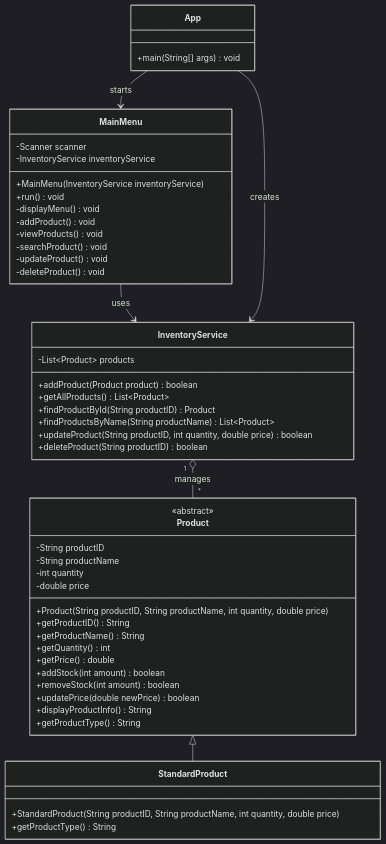
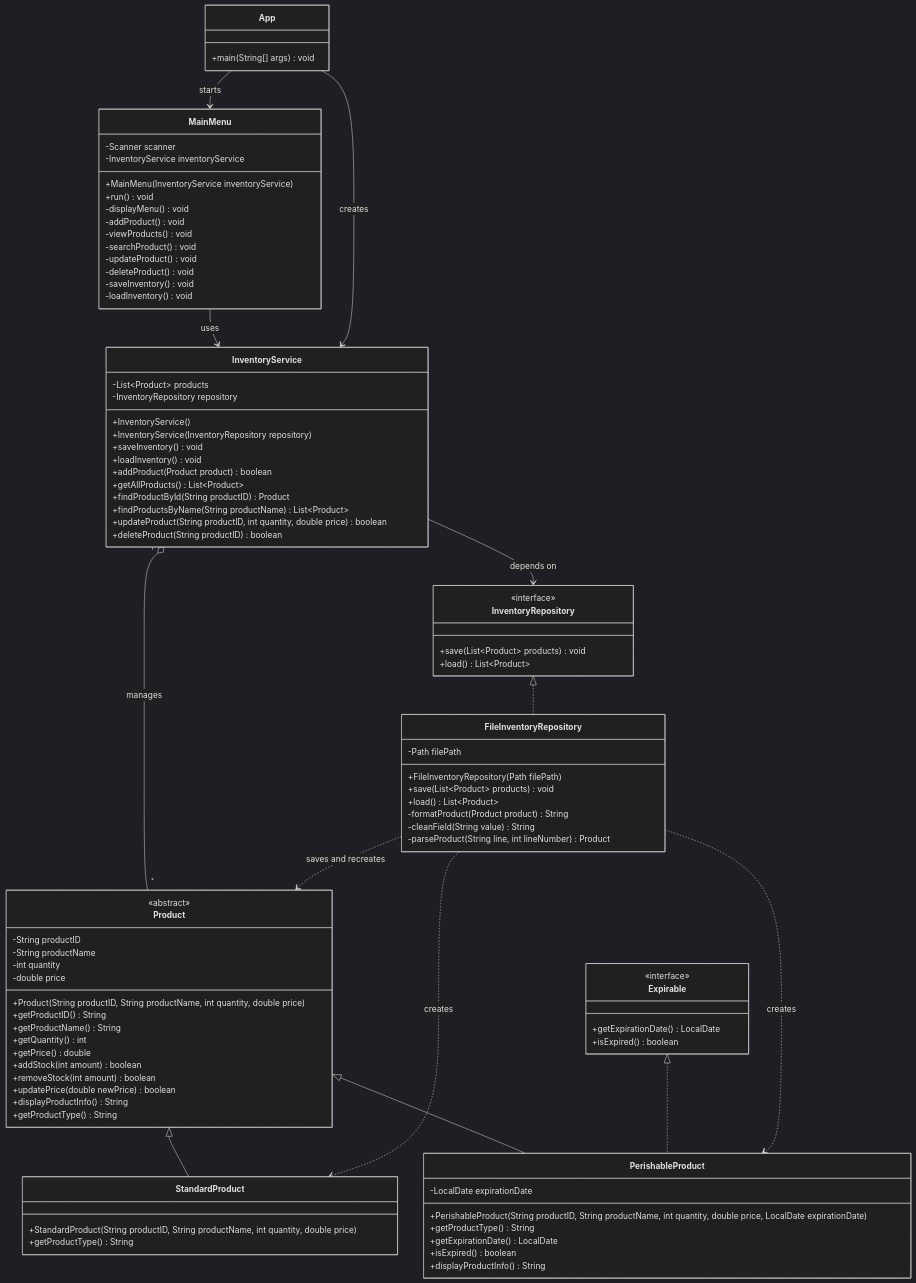
Before and after one commit to mark19242/SWD_Java_202606_Mark_Smith: the diagram in swe_java/05_summative_assessment/java-summative-assessment/documentation/project-doc/CLASS_DIAGRAM.md, drawn with Mermaid (dark theme). The commit also changed other lines of this file, not shown here.

Commit message:
Update class diagram with final project architecture

````diff
--- a/swe_java/05_summative_assessment/java-summative-assessment/documentation/project-doc/CLASS_DIAGRAM.md
+++ b/swe_java/05_summative_assessment/java-summative-assessment/documentation/project-doc/CLASS_DIAGRAM.md
@@ -22,16 +22,39 @@
         -searchProduct() void
         -updateProduct() void
         -deleteProduct() void
+        -saveInventory() void
+        -loadInventory() void
     }
 
     class InventoryService {
         -List~Product~ products
+        -InventoryRepository repository
+        +InventoryService()
+        +InventoryService(InventoryRepository repository)
+        +saveInventory() void
+        +loadInventory() void
         +addProduct(Product product) boolean
         +getAllProducts() List~Product~
         +findProductById(String productID) Product
         +findProductsByName(String productName) List~Product~
         +updateProduct(String productID, int quantity, double price) boolean
         +deleteProduct(String productID) boolean
+    }
+
+    class InventoryRepository {
+        <<interface>>
+        +save(List~Product~ products) void
+        +load() List~Product~
+    }
+
+    class FileInventoryRepository {
+        -Path filePath
+        +FileInventoryRepository(Path filePath)
+        +save(List~Product~ products) void
+        +load() List~Product~
+        -formatProduct(Product product) String
+        -cleanField(String value) String
+        -parseProduct(String line, int lineNumber) Product
     }
 
     class Product {
@@ -57,9 +80,34 @@
         +getProductType() String
     }
 
+    class PerishableProduct {
+        -LocalDate expirationDate
+        +PerishableProduct(String productID, String productName, int quantity, double price, LocalDate expirationDate)
+        +getProductType() String
+        +getExpirationDate() LocalDate
+        +isExpired() boolean
+        +displayProductInfo() String
+    }
+
+    class Expirable {
+        <<interface>>
+        +getExpirationDate() LocalDate
+        +isExpired() boolean
+    }
+
     Product <|-- StandardProduct
+    Product <|-- PerishableProduct
+    Expirable <|.. PerishableProduct
+
+    InventoryRepository <|.. FileInventoryRepository
+    InventoryService --> InventoryRepository : depends on
     InventoryService "1" o-- "*" Product : manages
+
     MainMenu --> InventoryService : uses
     App --> InventoryService : creates
     App --> MainMenu : starts
+
+    FileInventoryRepository ..> Product : saves and recreates
+    FileInventoryRepository ..> StandardProduct : creates
+    FileInventoryRepository ..> PerishableProduct : creates
 ```
````
